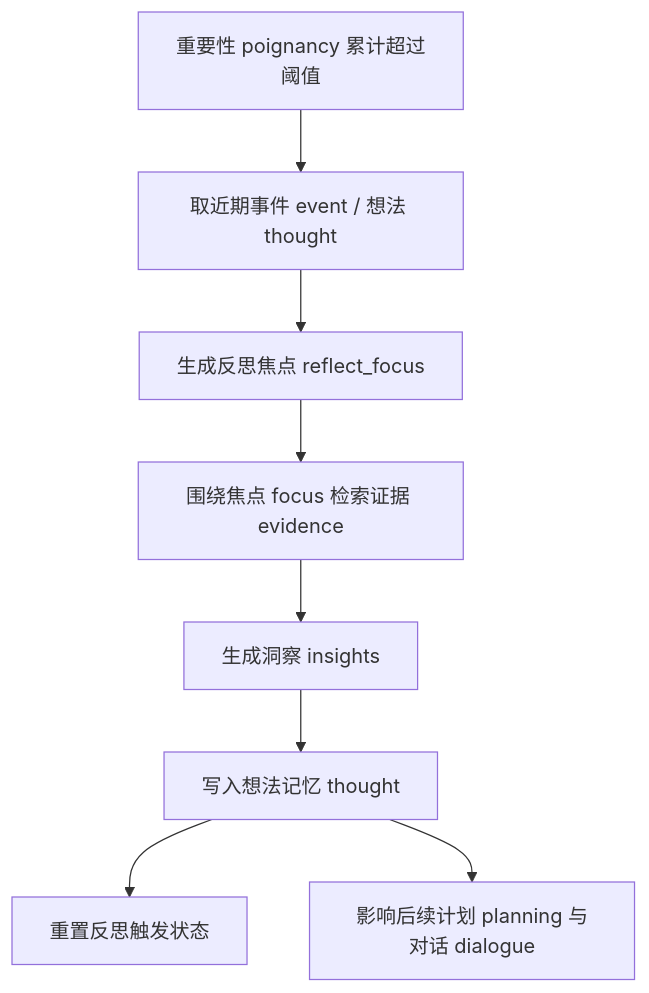
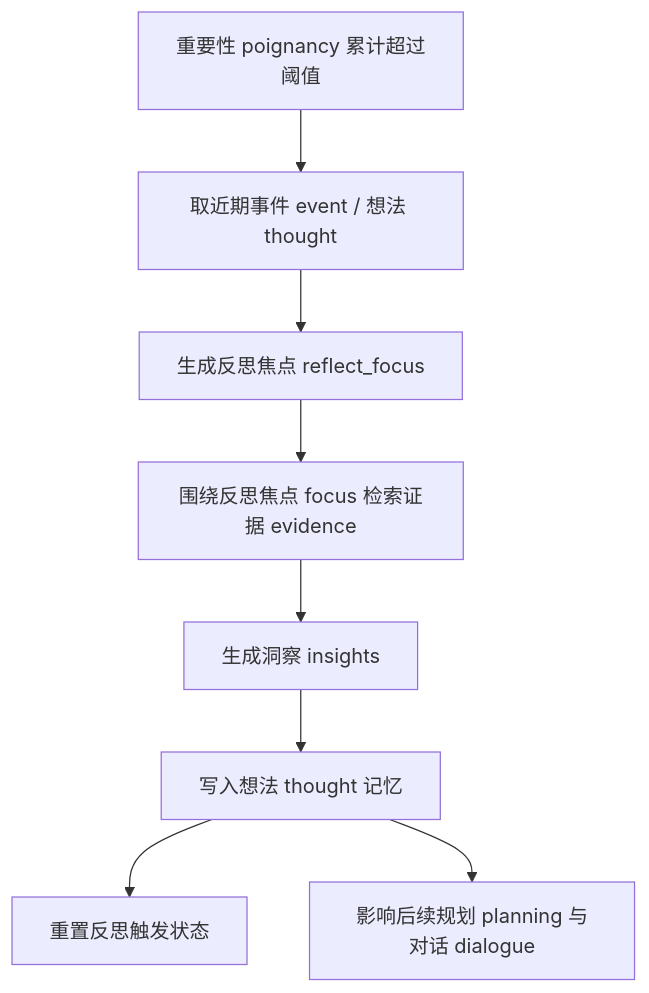
One commit to tbkken/GenerativeAgentsCN changed the first of 12 diagrams in docs/book/manuscript/part_03/chapter_21.md. Above: the diagram before and after it, drawn with Mermaid. The commit also changed other lines of this file and 47 other files, not shown here.

````diff
--- a/docs/book/manuscript/part_03/chapter_21.md
+++ b/docs/book/manuscript/part_03/chapter_21.md
@@ -43,10 +45,10 @@
 ```mermaid
 flowchart TD
     Trigger["重要性 poignancy 累计超过阈值"] --> Recent["取近期事件 event / 想法 thought"]
     Recent --> Focus["生成反思焦点 reflect_focus"]
-    Focus --> Retrieve["围绕焦点 focus 检索证据 evidence"]
+    Focus --> Retrieve["围绕反思焦点 focus 检索证据 evidence"]
     Retrieve --> Insights["生成洞察 insights"]
-    Insights --> Thought["写入想法记忆 thought"]
+    Insights --> Thought["写入想法 thought 记忆"]
     Thought --> Reset["重置反思触发状态"]
-    Thought --> Future["影响后续计划 planning 与对话 dialogue"]
+    Thought --> Future["影响后续规划 planning 与对话 dialogue"]
 ```
````
